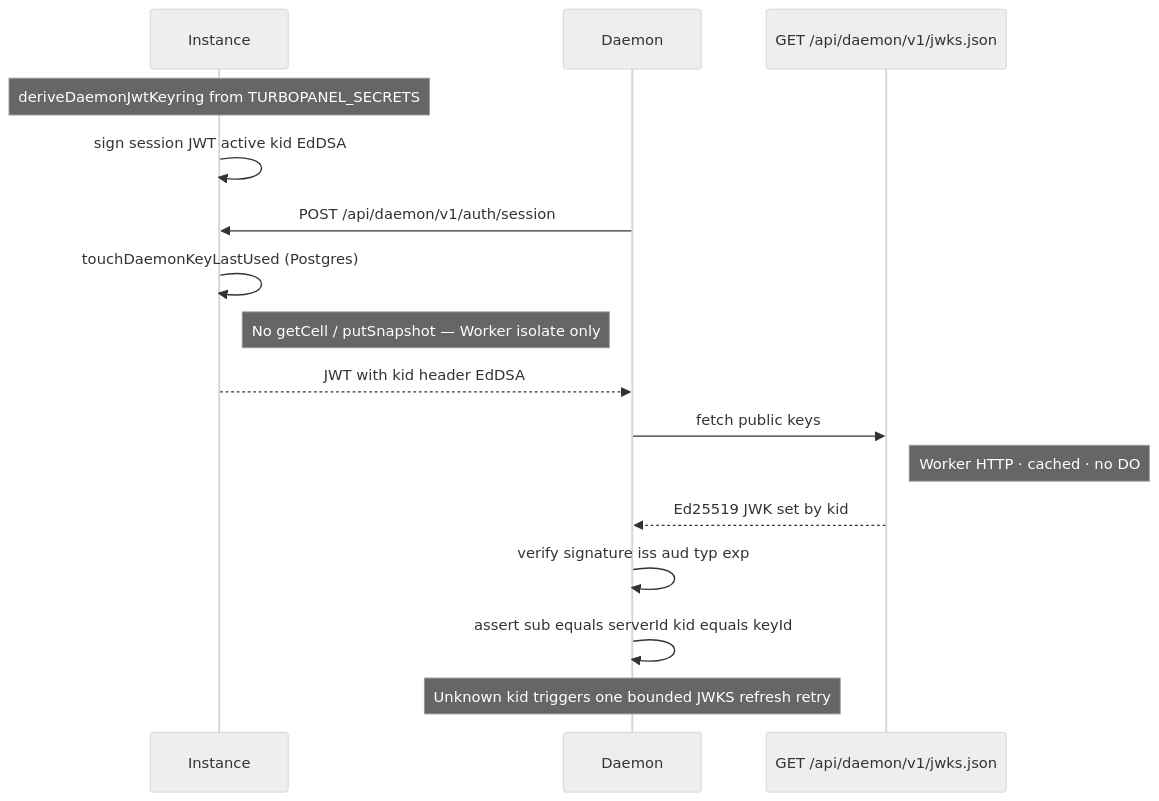
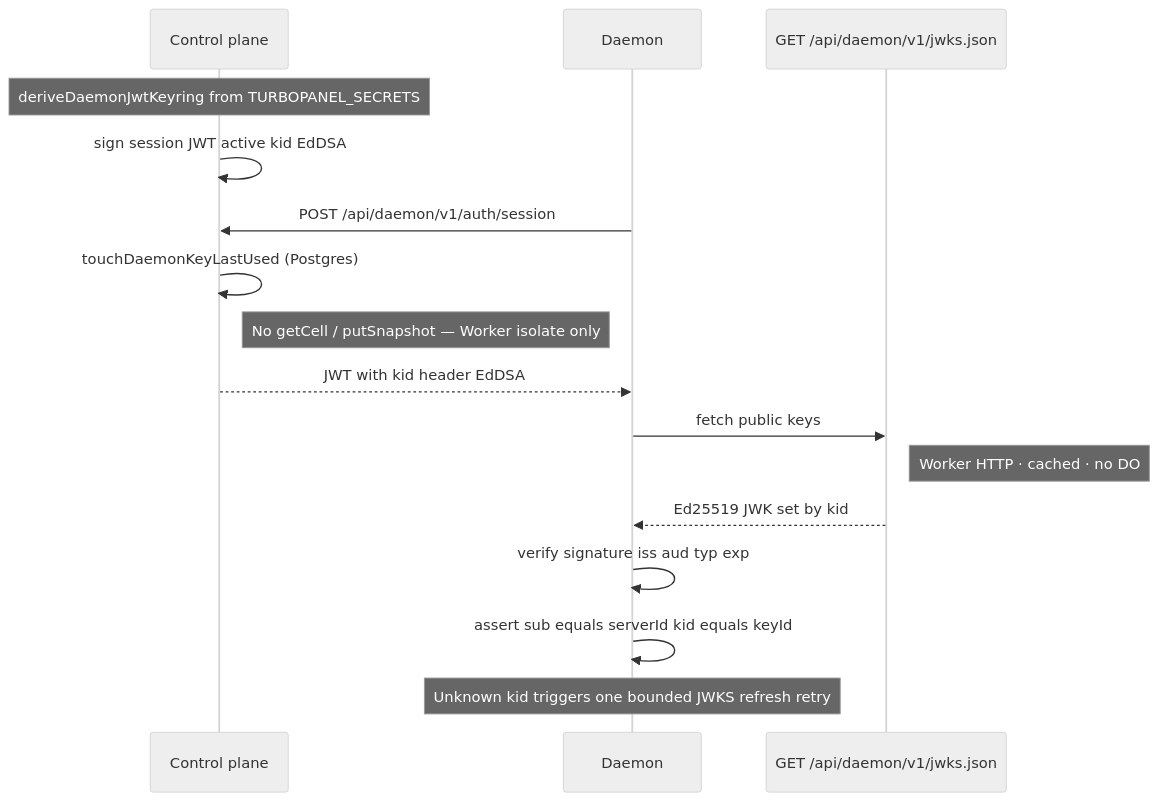
One commit to TurboPanel/website changed the seventh of 8 diagrams in docs/architecture/daemon-cell.mdx. Above: the diagram before and after it, drawn with Mermaid (neutral theme). The commit also changed other lines of this file and 14 other files, not shown here.

First line of the commit message:
docs: use app, control plane and site owner's Linux user in the architecture and security pages (#127)

````diff
--- a/docs/architecture/daemon-cell.mdx
+++ b/docs/architecture/daemon-cell.mdx
@@ -410,23 +410,23 @@
 ```mermaid
 sequenceDiagram
-    participant Instance
+    participant CP as Control plane
     participant Daemon
     participant JWKS as GET /api/daemon/v1/jwks.json
 
-    Note over Instance: deriveDaemonJwtKeyring from TURBOPANEL_SECRETS
-    Instance->>Instance: sign session JWT active kid EdDSA
+    Note over CP: deriveDaemonJwtKeyring from TURBOPANEL_SECRETS
+    CP->>CP: sign session JWT active kid EdDSA
 
-    Daemon->>Instance: POST /api/daemon/v1/auth/session
-    Instance->>Instance: touchDaemonKeyLastUsed (Postgres)
-    Note right of Instance: No getCell / putSnapshot — Worker isolate only
-    Instance-->>Daemon: JWT with kid header EdDSA
+    Daemon->>CP: POST /api/daemon/v1/auth/session
+    CP->>CP: touchDaemonKeyLastUsed (Postgres)
+    Note right of CP: No getCell / putSnapshot — Worker isolate only
+    CP-->>Daemon: JWT with kid header EdDSA
 
     Daemon->>JWKS: fetch public keys
     Note right of JWKS: Worker HTTP · cached · no DO
     JWKS-->>Daemon: Ed25519 JWK set by kid
 
     Daemon->>Daemon: verify signature iss aud typ exp
     Daemon->>Daemon: assert sub equals serverId kid equals keyId
 
     Note over Daemon: Unknown kid triggers one bounded JWKS refresh retry
 ```
````
